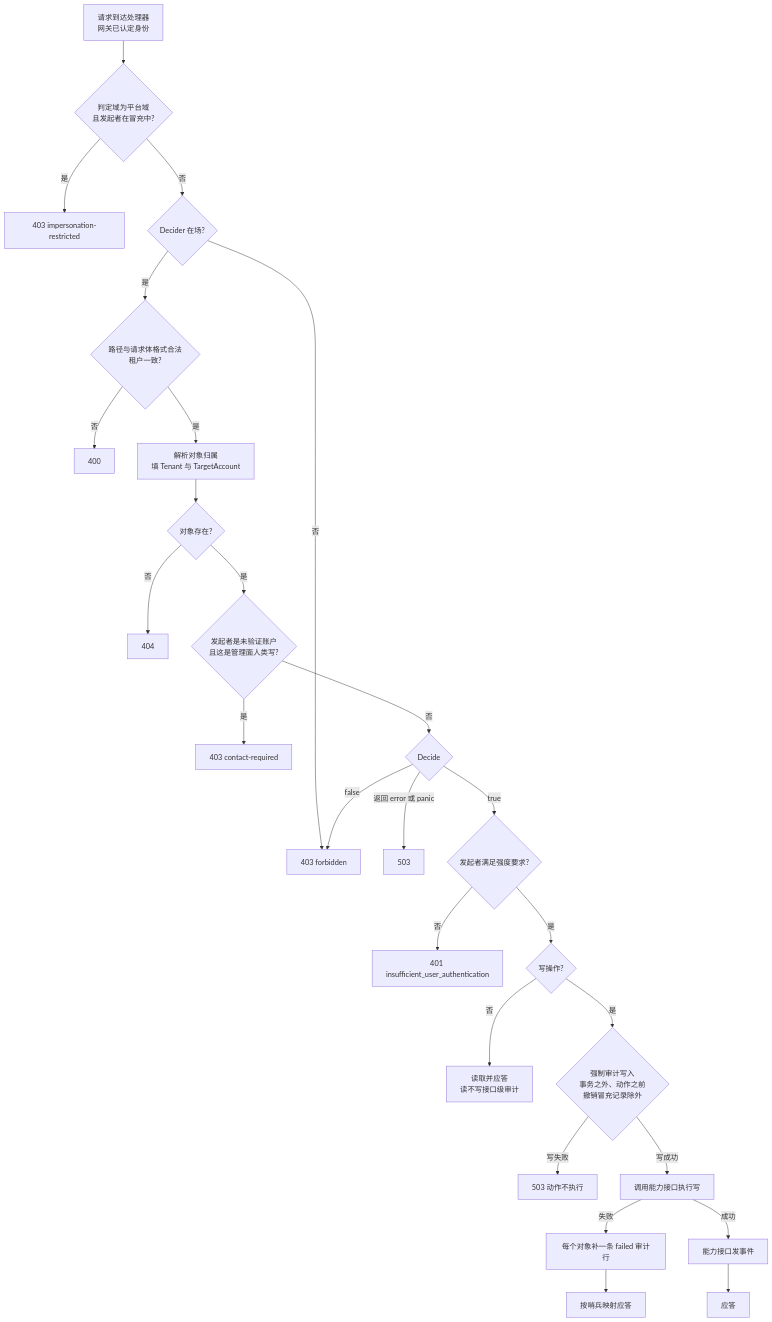
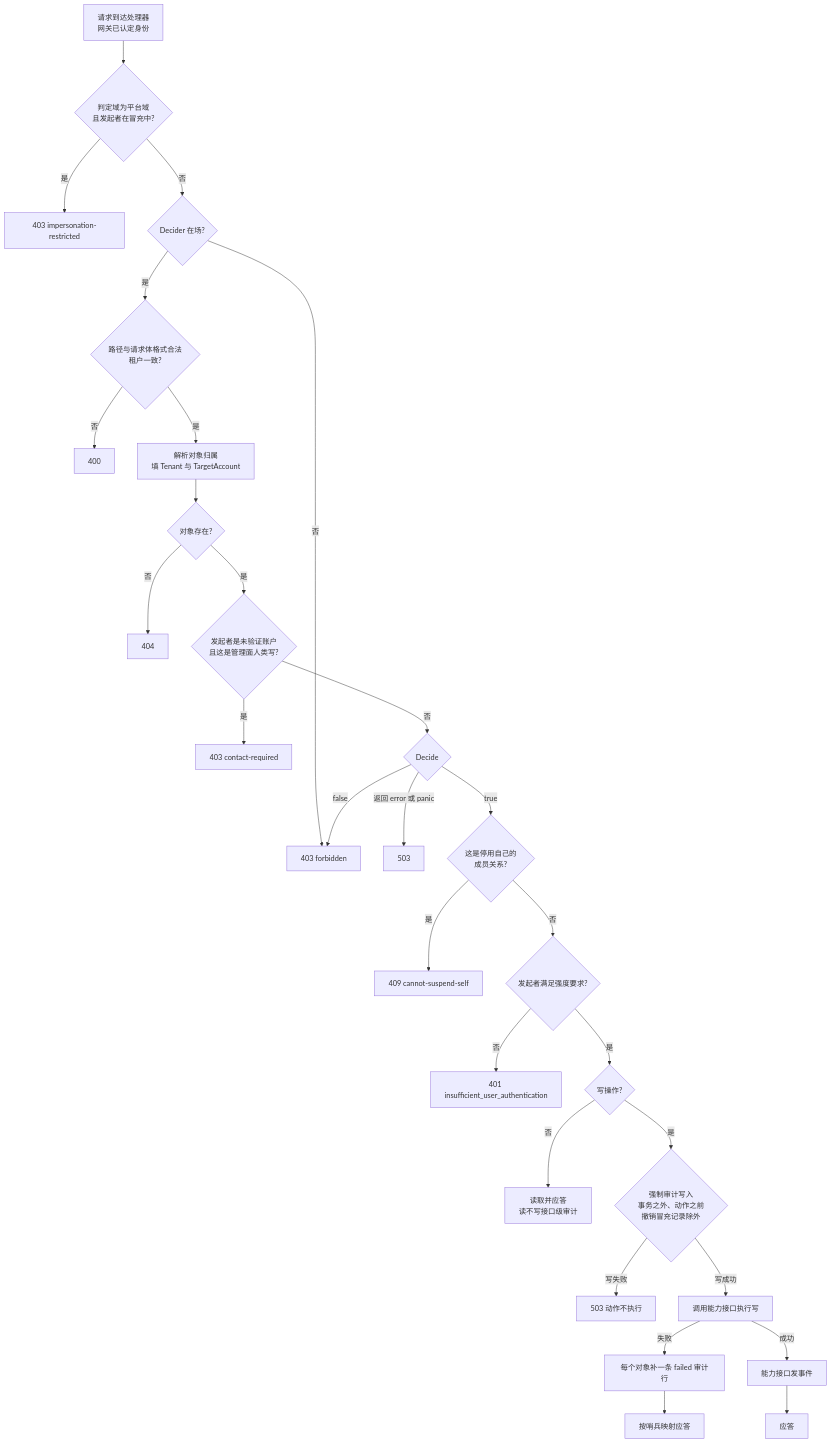
One commit to wangzw/speed changed the second of 2 diagrams in docs/design/modules/authn/design-authn-admin.md. Above: the diagram before and after it, drawn with Mermaid. The commit also changed other lines of this file and 6 other files, not shown here.

````diff
--- a/docs/design/modules/authn/design-authn-admin.md
+++ b/docs/design/modules/authn/design-authn-admin.md
@@ -310,26 +319,28 @@
 ```mermaid
 flowchart TD
     A["请求到达处理器<br/>网关已认定身份"] --> B{"判定域为平台域<br/>且发起者在冒充中?"}
     B -- 是 --> R1["403 impersonation-restricted"]
     B -- 否 --> C{"Decider 在场?"}
     C -- 否 --> R2["403 forbidden"]
     C -- 是 --> D{"路径与请求体格式合法<br/>租户一致?"}
     D -- 否 --> R3["400"]
     D -- 是 --> E["解析对象归属<br/>填 Tenant 与 TargetAccount"]
     E --> F{"对象存在?"}
     F -- 否 --> R4["404"]
     F -- 是 --> G2{"发起者是未验证账户<br/>且这是管理面人类写?"}
     G2 -- 是 --> R9["403 contact-required"]
     G2 -- 否 --> G{"Decide"}
     G -- "返回 error 或 panic" --> R5["503"]
     G -- "false" --> R2
-    G -- "true" --> H{"发起者满足强度要求?"}
+    G -- "true" --> S{"这是停用自己的<br/>成员关系?"}
+    S -- 是 --> R10["409 cannot-suspend-self"]
+    S -- 否 --> H{"发起者满足强度要求?"}
     H -- 否 --> R6["401 insufficient_user_authentication"]
     H -- 是 --> I{"写操作?"}
     I -- 否 --> J["读取并应答<br/>读不写接口级审计"]
     I -- 是 --> K{"强制审计写入<br/>事务之外、动作之前<br/>撤销冒充记录除外"}
     K -- 写失败 --> R7["503 动作不执行"]
     K -- 写成功 --> L["调用能力接口执行写"]
     L -- 失败 --> M["每个对象补一条 failed 审计行"] --> R8["按哨兵映射应答"]
     L -- 成功 --> N["能力接口发事件"] --> O["应答"]
 ```
````
